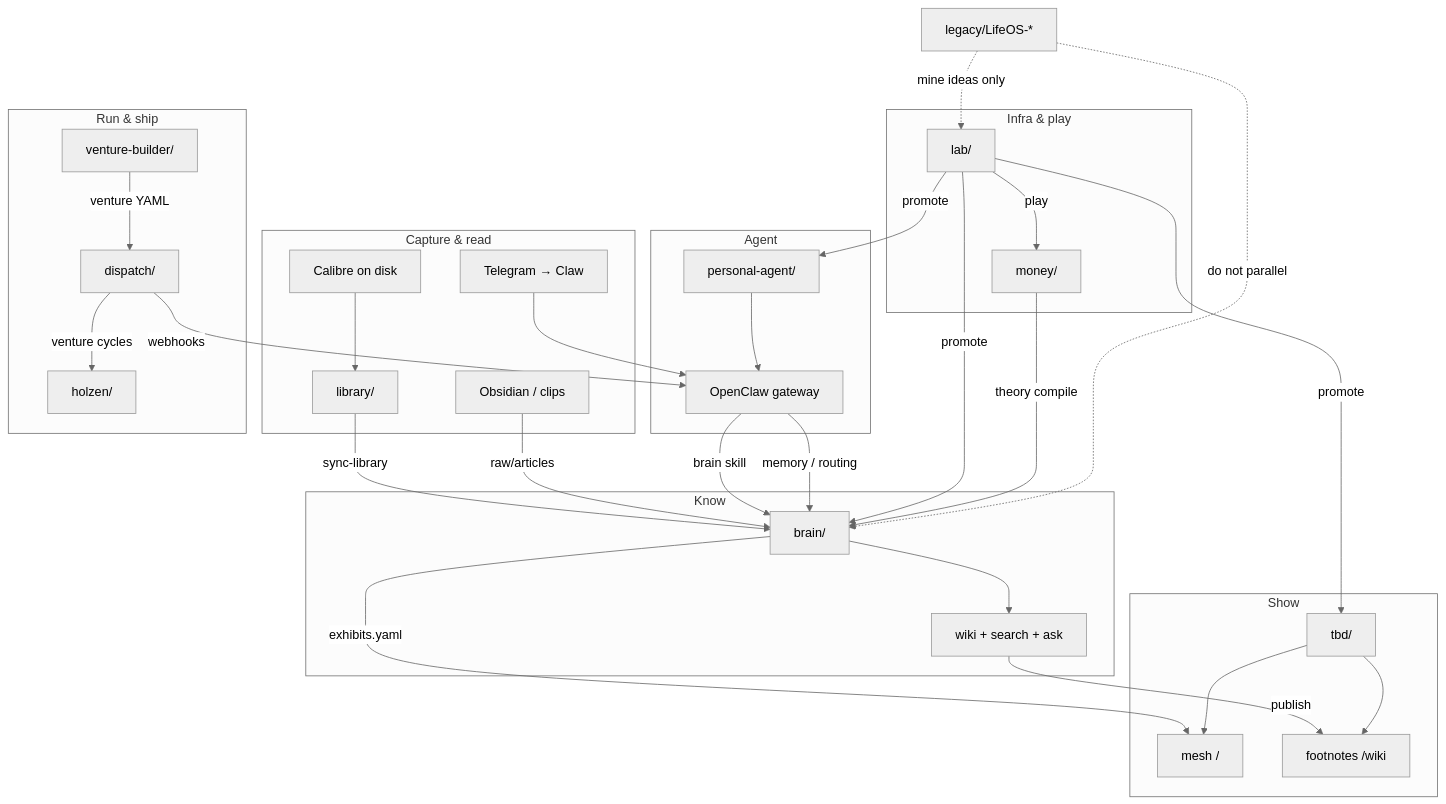
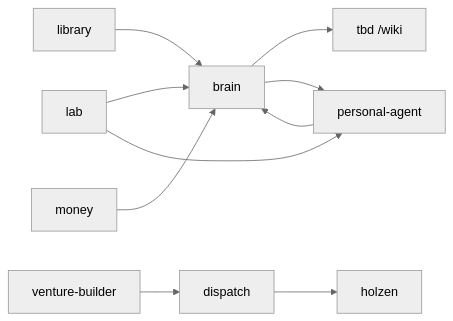
The diagram in README.md (Angelguirao/projects), drawn with Mermaid (neutral theme) before and after one commit. The commit also changed other lines of this file, not shown here.

````diff
--- a/README.md
+++ b/README.md
@@ -61,61 +56,12 @@
 ```mermaid
-flowchart TB
-  subgraph capture["Capture & read"]
-    CAL[Calibre on disk]
-    LIB[library/]
-    OBS[Obsidian / clips]
-    TG[Telegram → Claw]
-  end
-
-  subgraph know["Know"]
-    BR[brain/]
-    BRW[wiki + search + ask]
-  end
-
-  subgraph show["Show"]
-    TBD[tbd/]
-    MESH["mesh /"]
-    WIKI["footnotes /wiki"]
-  end
-
-  subgraph agent["Agent"]
-    PA[personal-agent/]
-    CLAW[OpenClaw gateway]
-  end
-
-  subgraph run["Run & ship"]
-    DISP[dispatch/]
-    VB[venture-builder/]
-    HOL[holzen/]
-  end
-
-  subgraph infra["Infra & play"]
-    MON[money/]
-    LAB[lab/]
-  end
-
-  CAL --> LIB
-  LIB -->|sync-library| BR
-  OBS -->|raw/articles| BR
-  BR --> BRW
-  BRW -->|publish| WIKI
-  BR -->|exhibits.yaml| MESH
-  TBD --> MESH
-  TBD --> WIKI
-
-  TG --> CLAW
-  PA --> CLAW
-  CLAW -->|brain skill| BR
-  CLAW -->|memory / routing| BR
-  DISP -->|webhooks| CLAW
-  VB -->|venture YAML| DISP
-  DISP -->|venture cycles| HOL
-  LAB -->|promote| BR
-  LAB -->|promote| TBD
-  LAB -->|promote| PA
-  LAB -->|play| MON
-  MON -->|theory compile| BR
-
-  LEG[legacy/LifeOS-*] -.->|mine ideas only| LAB
-  LEG -.->|do not parallel| BR
+flowchart LR
+  LIB[library] --> BR[brain]
+  BR --> TBD[tbd /wiki]
+  BR --> PA[personal-agent]
+  PA --> BR
+  LAB[lab] --> BR
+  LAB --> PA
+  VB[venture-builder] --> DISP[dispatch]
+  DISP --> HOL[holzen]
+  MON[money] --> BR
 ```
````
